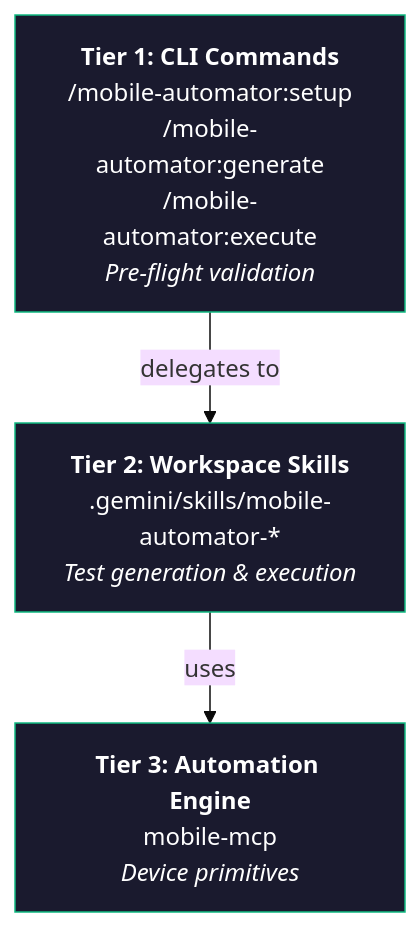
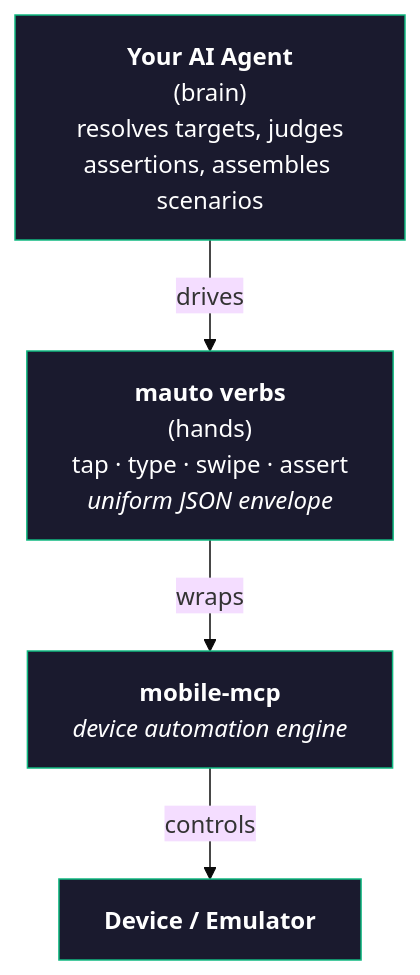
The diagram in docs/index.md (sh3lan93/mobile-automator), drawn with Mermaid (base theme) before and after one commit. The commit also changed other lines of this file and 4 other files, not shown here.

First line of the commit message:
docs(site): migrate onboarding pages to the mauto CLI model

````diff
--- a/docs/index.md
+++ b/docs/index.md
@@ -87,13 +90,16 @@
 ```mermaid
 graph TD
-    T1["<b>Tier 1: CLI Commands</b><br/>/mobile-automator:setup<br/>/mobile-automator:generate<br/>/mobile-automator:execute<br/><i>Pre-flight validation</i>"]
-    T2["<b>Tier 2: Workspace Skills</b><br/>.gemini/skills/mobile-automator-*<br/><i>Test generation & execution</i>"]
-    T3["<b>Tier 3: Automation Engine</b><br/>mobile-mcp<br/><i>Device primitives</i>"]
+    A["<b>Your AI Agent</b><br/>(brain)<br/>resolves targets, judges<br/>assertions, assembles scenarios"]
+    B["<b>mauto verbs</b><br/>(hands)<br/>tap · type · swipe · assert<br/><i>uniform JSON envelope</i>"]
+    C["<b>mobile-mcp</b><br/><i>device automation engine</i>"]
+    D["<b>Device / Emulator</b>"]
 
-    T1 -->|delegates to| T2
-    T2 -->|uses| T3
+    A -->|drives| B
+    B -->|wraps| C
+    C -->|controls| D
 
-    style T1 fill:#1a1a2e,stroke:#10B981,color:#fff
-    style T2 fill:#1a1a2e,stroke:#10B981,color:#fff
-    style T3 fill:#1a1a2e,stroke:#10B981,color:#fff
+    style A fill:#1a1a2e,stroke:#10B981,color:#fff
+    style B fill:#1a1a2e,stroke:#10B981,color:#fff
+    style C fill:#1a1a2e,stroke:#10B981,color:#fff
+    style D fill:#1a1a2e,stroke:#10B981,color:#fff
 ```
````
